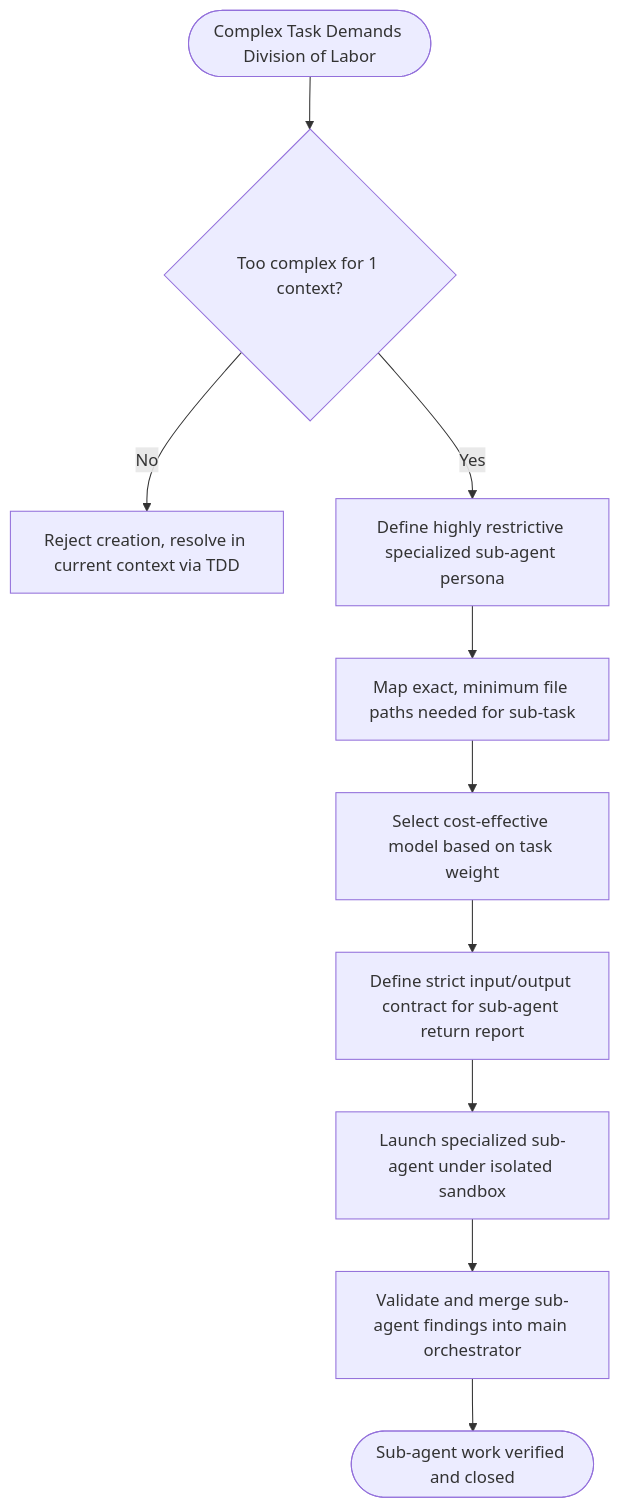
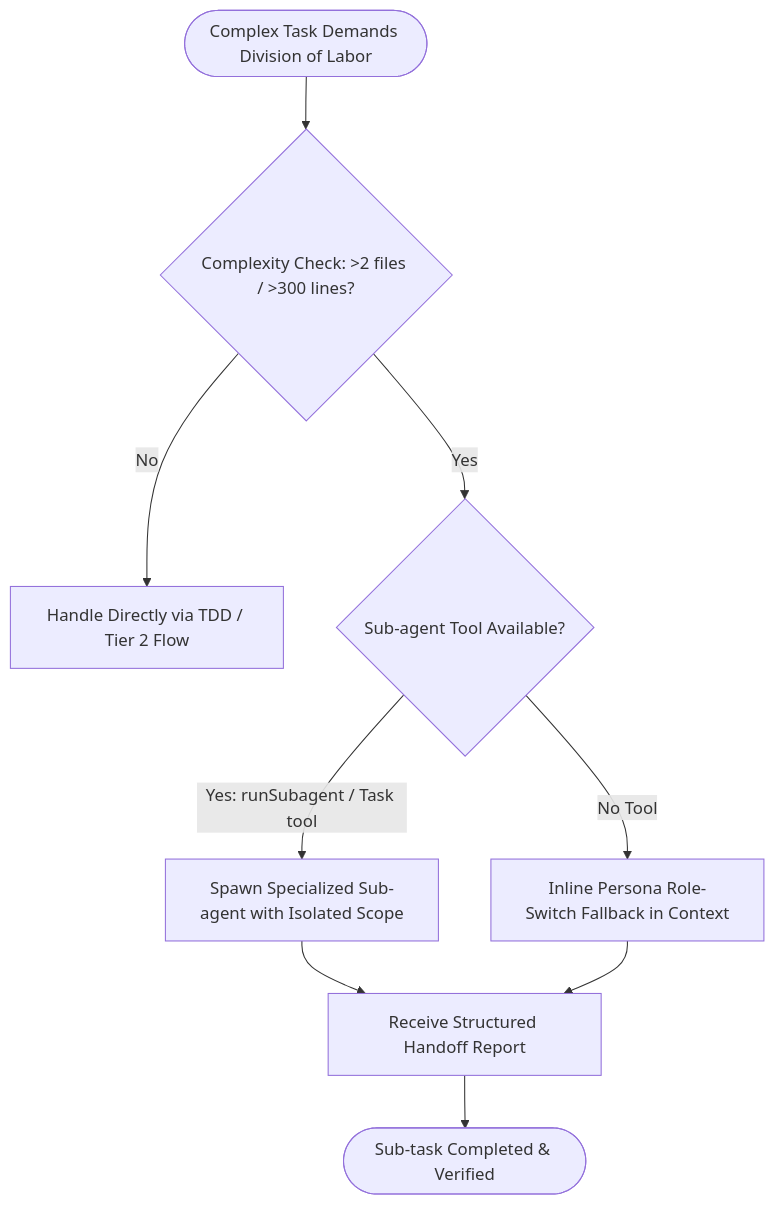
One commit to dyphn1/Harness-everything changed the first of 3 diagrams in docs/workflows/create-agent-launcher.md. Above: the diagram before and after it, drawn with Mermaid. The commit also changed 54 other files, not shown here.

````diff
--- a/docs/workflows/create-agent-launcher.md
+++ b/docs/workflows/create-agent-launcher.md
@@ -11,12 +11,13 @@
 ```mermaid
 graph TD
-  Start([Complex Task Demands Division of Labor]) --> AssessComplexity{Too complex for 1 context?}
-  AssessComplexity -->|No| Reject["Reject creation, resolve in current context via TDD"]
-  AssessComplexity -->|Yes| DefinePersona["Define highly restrictive specialized sub-agent persona"]
-  DefinePersona --> IsolateResources["Map exact, minimum file paths needed for sub-task"]
-  IsolateResources --> SelectModel["Select cost-effective model based on task weight"]
-  SelectModel --> WriteHandoff["Define strict input/output contract for sub-agent return report"]
-  WriteHandoff --> LaunchAgent["Launch specialized sub-agent under isolated sandbox"]
-  LaunchAgent --> MergeReport["Validate and merge sub-agent findings into main orchestrator"]
-  MergeReport --> End([Sub-agent work verified and closed])
+  Start([Complex Task Demands Division of Labor]) --> ScopeCheck{Complexity Check: >2 files / >300 lines?}
+  ScopeCheck -->|No| DirectTDD["Handle Directly via TDD / Tier 2 Flow"]
+  ScopeCheck -->|Yes| CheckTool{Sub-agent Tool Available?}
+  
+  CheckTool -->|Yes: runSubagent / Task tool| SpawnSub["Spawn Specialized Sub-agent with Isolated Scope"]
+  CheckTool -->|No Tool| InlinePersona["Inline Persona Role-Switch Fallback in Context"]
+  
+  SpawnSub --> ReceiveReport["Receive Structured Handoff Report"]
+  InlinePersona --> ReceiveReport
+  ReceiveReport --> End([Sub-task Completed & Verified])
 ```
````
